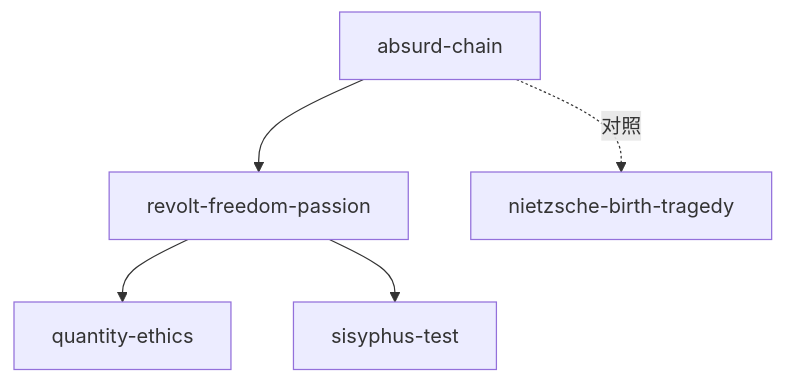
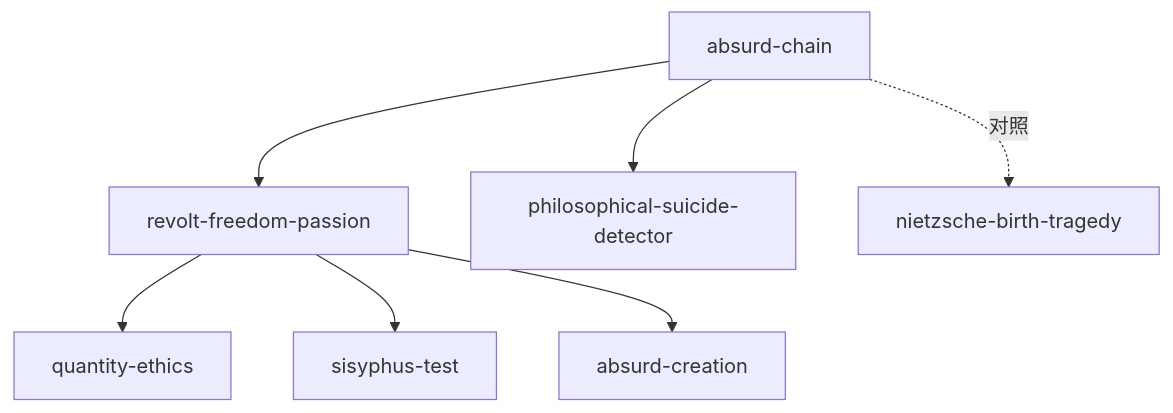
One commit to Natsummerance/skills changed the diagram in books/philosophy/camus-absurd-revolt-cangjie/INDEX.md. Above: the diagram before and after it, drawn with Mermaid. The commit also changed other lines of this file and 11 other files, not shown here.

````diff
--- a/books/philosophy/camus-absurd-revolt-cangjie/INDEX.md
+++ b/books/philosophy/camus-absurd-revolt-cangjie/INDEX.md
@@ -12,7 +14,9 @@
 ```mermaid
 graph TD
     AC[absurd-chain] --> RFP[revolt-freedom-passion]
     RFP --> QE[quantity-ethics]
     RFP --> ST[sisyphus-test]
+    RFP --> ACR[absurd-creation]
+    AC --> PSD[philosophical-suicide-detector]
     AC -.对照.-> NB[nietzsche-birth-tragedy]
 ```
````
